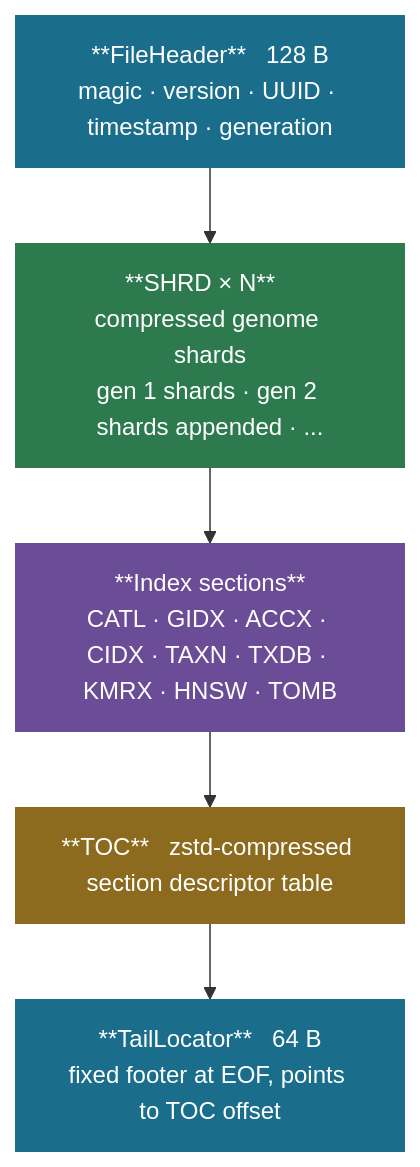
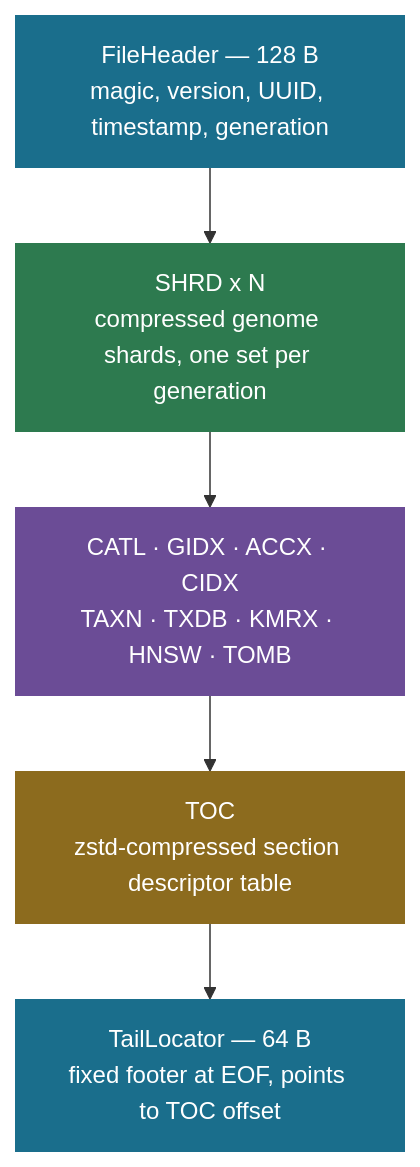
One commit to genomewalker/genopack changed the first of 3 diagrams in docs/format.md. Above: the diagram before and after it, drawn with Mermaid. The commit also changed other lines of this file and 1 other file, not shown here.

Commit message:
docs: fix Mermaid rendering - explicit JS, safe label syntax

````diff
--- a/docs/format.md
+++ b/docs/format.md
@@ -9,16 +9,16 @@
 ```mermaid
 flowchart TB
-    fh["**FileHeader** &nbsp; 128 B\nmagic · version · UUID · timestamp · generation"]
-    shards["**SHRD × N** &nbsp; compressed genome shards\ngen 1 shards · gen 2 shards appended · ..."]
-    idx["**Index sections**\nCATL · GIDX · ACCX · CIDX · TAXN · TXDB · KMRX · HNSW · TOMB"]
-    toc["**TOC** &nbsp; zstd-compressed section descriptor table"]
-    tail["**TailLocator** &nbsp; 64 B\nfixed footer at EOF, points to TOC offset"]
+    fh["FileHeader — 128 B<br/>magic, version, UUID, timestamp, generation"]
+    shards["SHRD x N<br/>compressed genome shards, one set per generation"]
+    idx["CATL · GIDX · ACCX · CIDX<br/>TAXN · TXDB · KMRX · HNSW · TOMB"]
+    toc["TOC<br/>zstd-compressed section descriptor table"]
+    tail["TailLocator — 64 B<br/>fixed footer at EOF, points to TOC offset"]
 
     fh --> shards --> idx --> toc --> tail
 
     style fh     fill:#1a6e8c,color:#fff,stroke:none
     style shards fill:#2d7a4f,color:#fff,stroke:none
     style idx    fill:#6b4c96,color:#fff,stroke:none
     style toc    fill:#8c6b1e,color:#fff,stroke:none
     style tail   fill:#1a6e8c,color:#fff,stroke:none
 ```
````
